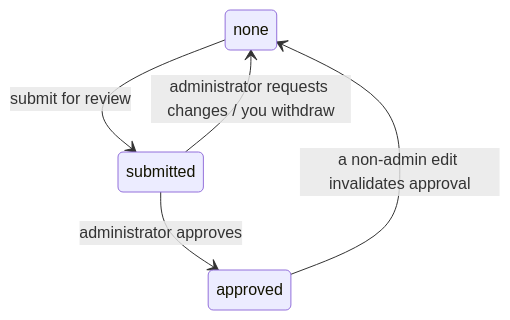
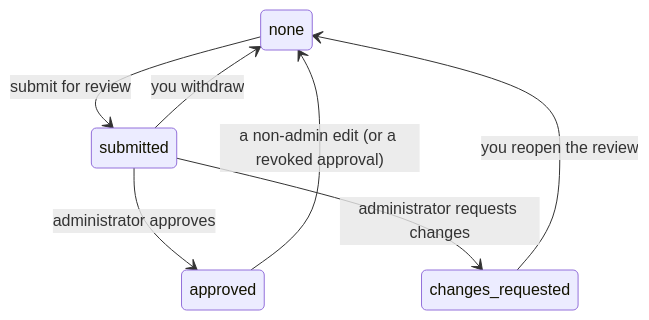
The second of 3 diagrams in docs/manual/security-team.md (eclipse-csi/advisoryhub), drawn with Mermaid before and after one commit. The commit also changed other lines of this file and 4 other files, not shown here.

````diff
--- a/docs/manual/security-team.md
+++ b/docs/manual/security-team.md
@@ -172,7 +189,9 @@
 ```mermaid
 stateDiagram-v2
     none --> submitted : submit for review
     submitted --> approved : administrator approves
-    submitted --> none : administrator requests changes / you withdraw
-    approved --> none : a non-admin edit invalidates approval
+    submitted --> changes_requested : administrator requests changes
+    submitted --> none : you withdraw
+    changes_requested --> none : you reopen the review
+    approved --> none : a non-admin edit (or a revoked approval)
 ```
````
